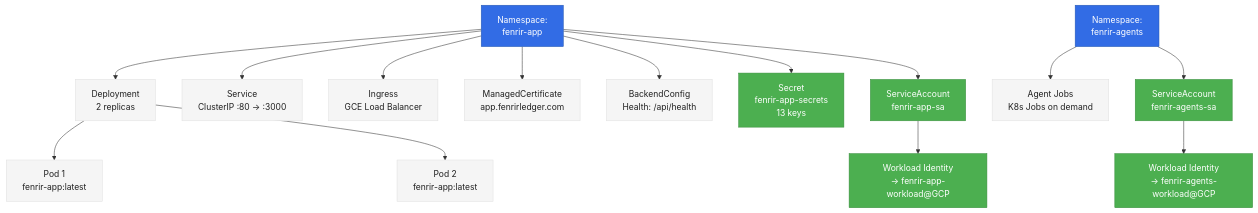
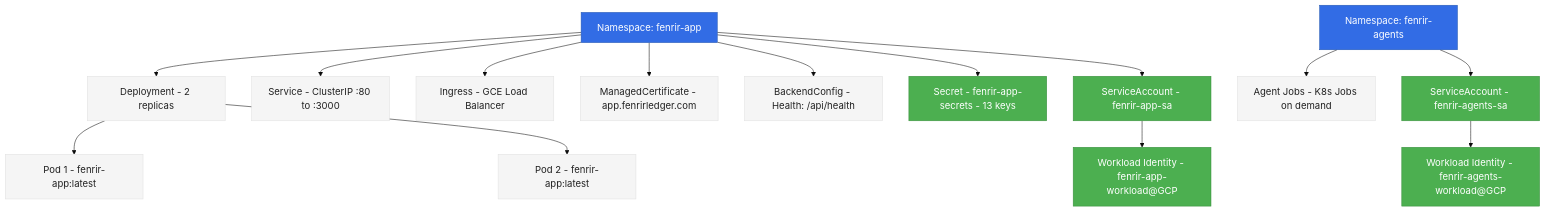
One commit to declanshanaghy/fenrir-ledger changed the second of 9 diagrams in architecture/system-design.md. Above: the diagram before and after it, drawn with Mermaid. The commit also changed other lines of this file and 2 other files, not shown here.

First line of the commit message:
chore: add fontSize and line-break rules to mermaid style guide

````diff
--- a/architecture/system-design.md
+++ b/architecture/system-design.md
@@ -64,37 +65,38 @@
 ```mermaid
+%%{init: {'theme': 'base', 'themeVariables': {'fontSize': '18px'}}}%%
 graph TD
     classDef ns fill:#326CE5,stroke:#2558B1,color:#FFF
     classDef resource fill:#F5F5F5,stroke:#E0E0E0,color:#212121
     classDef config fill:#4CAF50,stroke:#388E3C,color:#FFF
 
-    ns_app[Namespace:\nfenrir-app] --> deploy[Deployment\n2 replicas]
-    deploy --> pod1[Pod 1\nfenrir-app:latest]
-    deploy --> pod2[Pod 2\nfenrir-app:latest]
-    ns_app --> svc[Service\nClusterIP :80 → :3000]
-    ns_app --> ingress[Ingress\nGCE Load Balancer]
-    ns_app --> cert[ManagedCertificate\napp.fenrirledger.com]
-    ns_app --> backend[BackendConfig\nHealth: /api/health]
-    ns_app --> secrets[Secret\nfenrir-app-secrets\n13 keys]
-    ns_app --> sa[ServiceAccount\nfenrir-app-sa]
-    sa --> wi[Workload Identity\n→ fenrir-app-workload@GCP]
+    ns_app[Namespace: fenrir-app] --> deploy[Deployment - 2 replicas]
+    deploy --> pod1[Pod 1 - fenrir-app:latest]
+    deploy --> pod2[Pod 2 - fenrir-app:latest]
+    ns_app --> svc[Service - ClusterIP :80 to :3000]
+    ns_app --> ingress[Ingress - GCE Load Balancer]
+    ns_app --> cert[ManagedCertificate - app.fenrirledger.com]
+    ns_app --> backend[BackendConfig - Health: /api/health]
+    ns_app --> secrets[Secret - fenrir-app-secrets - 13 keys]
+    ns_app --> sa[ServiceAccount - fenrir-app-sa]
+    sa --> wi[Workload Identity - fenrir-app-workload@GCP]
 
-    ns_agents[Namespace:\nfenrir-agents] --> jobs[Agent Jobs\nK8s Jobs on demand]
-    ns_agents --> sa_agents[ServiceAccount\nfenrir-agents-sa]
-    sa_agents --> wi_agents[Workload Identity\n→ fenrir-agents-workload@GCP]
+    ns_agents[Namespace: fenrir-agents] --> jobs[Agent Jobs - K8s Jobs on demand]
+    ns_agents --> sa_agents[ServiceAccount - fenrir-agents-sa]
+    sa_agents --> wi_agents[Workload Identity - fenrir-agents-workload@GCP]
 
     class ns_app ns
     class ns_agents ns
     class deploy resource
     class pod1 resource
     class pod2 resource
     class svc resource
     class ingress resource
     class cert resource
     class backend resource
     class secrets config
     class sa config
     class wi config
     class jobs resource
     class sa_agents config
     class wi_agents config
 ```
````
